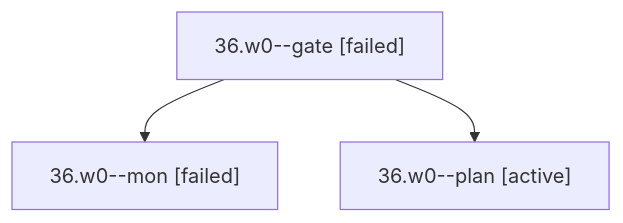
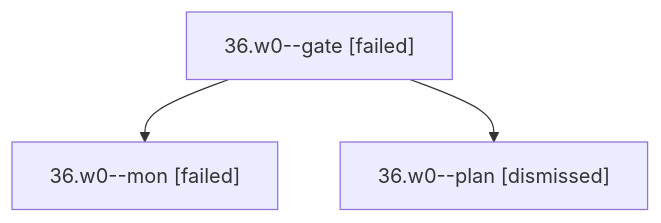
One commit to bobs-org/bob-cli--agents changed the diagram in sessions/bbugyi200.apollo.36.w0.md. Above: the diagram before and after it, drawn with Mermaid. The commit also changed other lines of this file and 31 other files, not shown here.

````diff
--- a/sessions/bbugyi200.apollo.36.w0.md
+++ b/sessions/bbugyi200.apollo.36.w0.md
@@ -9,8 +9,8 @@
 ```mermaid
 flowchart TD
   n0["36.w0--gate [failed]"]
   n1["36.w0--mon [failed]"]
   n0 --> n1
-  n2["36.w0--plan [active]"]
+  n2["36.w0--plan [dismissed]"]
   n0 --> n2
 ```
````
